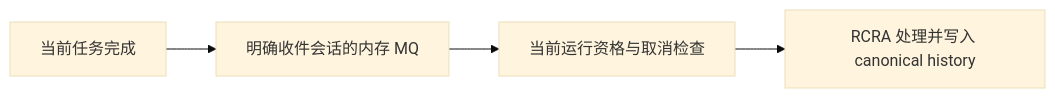
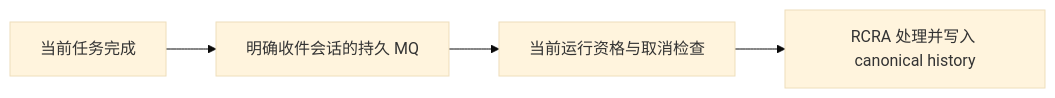
One commit to KonghaYao/peri changed the fourth of 4 diagrams in docs/design/architecture.md. Above: the diagram before and after it, drawn with Mermaid (base theme). The commit also changed other lines of this file and 52 other files, not shown here.

````diff
--- a/docs/design/architecture.md
+++ b/docs/design/architecture.md
@@ -208,6 +205,6 @@
 ```mermaid
 flowchart LR
-    Bg[当前任务完成] --> I[明确收件会话的内存 MQ]
+    Bg[当前任务完成] --> I[明确收件会话的持久 MQ]
     I --> P[当前运行资格与取消检查]
     P --> A[RCRA 处理并写入 canonical history]
 ```
````
